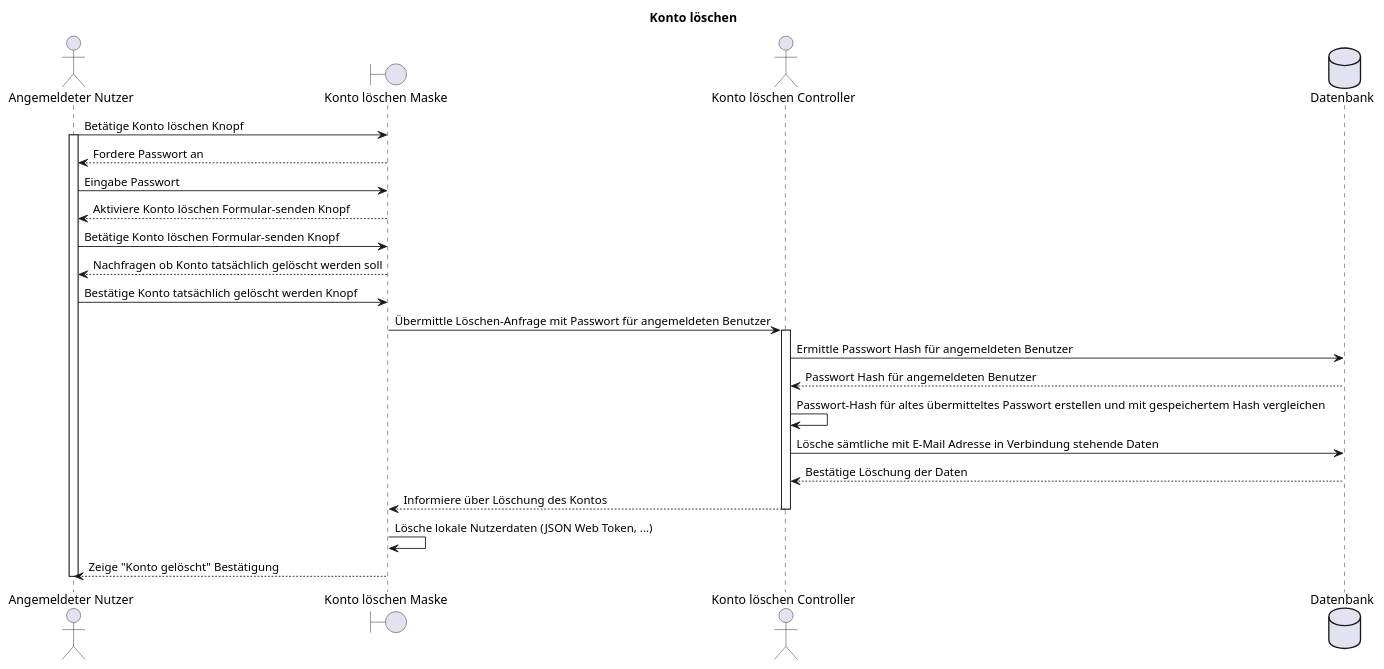
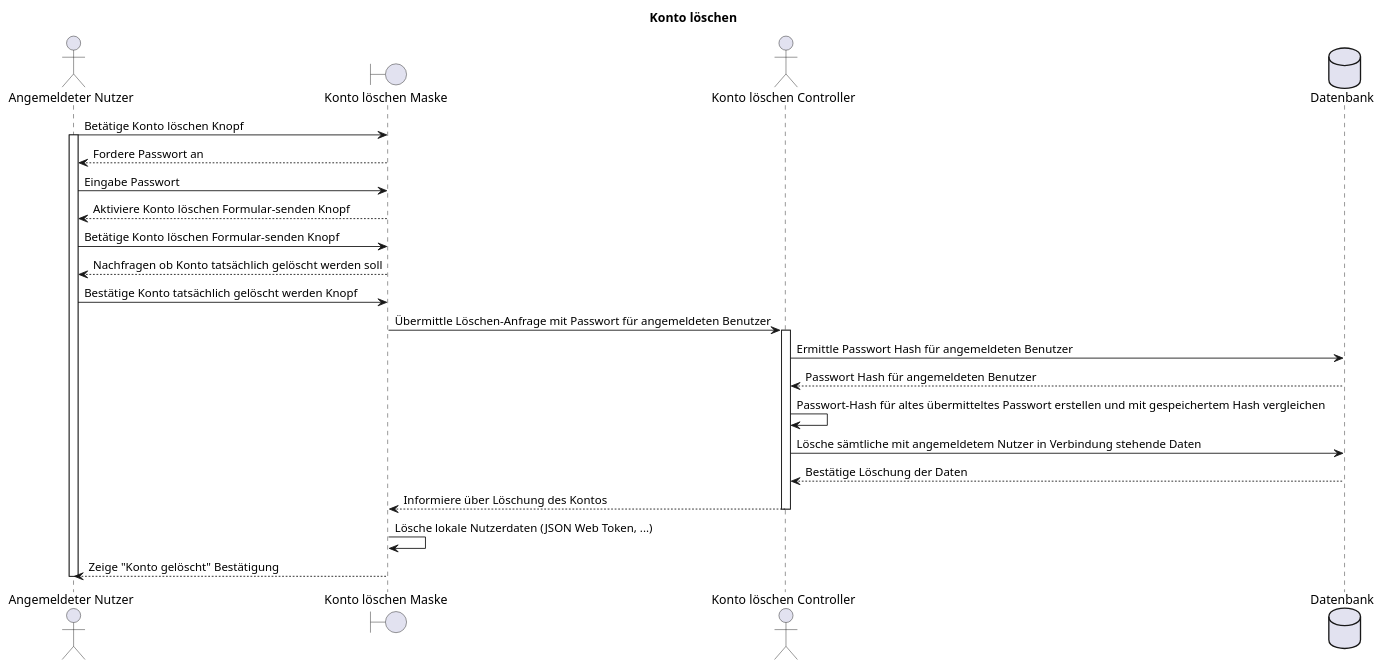
Before and after one commit to party-time-2/party-time: the diagram in docs/F015/F015_kontoLoeschen_seq.plantuml, drawn with PlantUML. The commit also changed 1 other file, not shown here.

Commit message:
F015 diagram small fix

```diff
--- a/docs/F015/F015_kontoLoeschen_seq.plantuml
+++ b/docs/F015/F015_kontoLoeschen_seq.plantuml
@@ -1,31 +1,31 @@
 @startuml F015_kontoLoeschen_seq
 title "Konto löschen"
 
 actor "Angemeldeter Nutzer" as user
 boundary "Konto löschen Maske" as deleteUserMask
 actor "Konto löschen Controller" as controller
 database "Datenbank" as db
 
 user -> deleteUserMask: Betätige Konto löschen Knopf
 activate user
 user <-- deleteUserMask: Fordere Passwort an
 user -> deleteUserMask: Eingabe Passwort
 user <-- deleteUserMask: Aktiviere Konto löschen Formular-senden Knopf
 user -> deleteUserMask: Betätige Konto löschen Formular-senden Knopf
 user <-- deleteUserMask: Nachfragen ob Konto tatsächlich gelöscht werden soll
 user -> deleteUserMask: Bestätige Konto tatsächlich gelöscht werden Knopf
 
 deleteUserMask -> controller: Übermittle Löschen-Anfrage mit Passwort für angemeldeten Benutzer
 activate controller
 controller -> db: Ermittle Passwort Hash für angemeldeten Benutzer
 controller <-- db: Passwort Hash für angemeldeten Benutzer
 controller -> controller: Passwort-Hash für altes übermitteltes Passwort erstellen und mit gespeichertem Hash vergleichen
-controller -> db: Lösche sämtliche mit E-Mail Adresse in Verbindung stehende Daten
+controller -> db: Lösche sämtliche mit angemeldetem Nutzer in Verbindung stehende Daten
 controller <-- db: Bestätige Löschung der Daten
 deleteUserMask <-- controller: Informiere über Löschung des Kontos
 deactivate controller
 
 deleteUserMask -> deleteUserMask: Lösche lokale Nutzerdaten (JSON Web Token, ...)
 user <-- deleteUserMask: Zeige "Konto gelöscht" Bestätigung
 deactivate user
 @enduml
```
